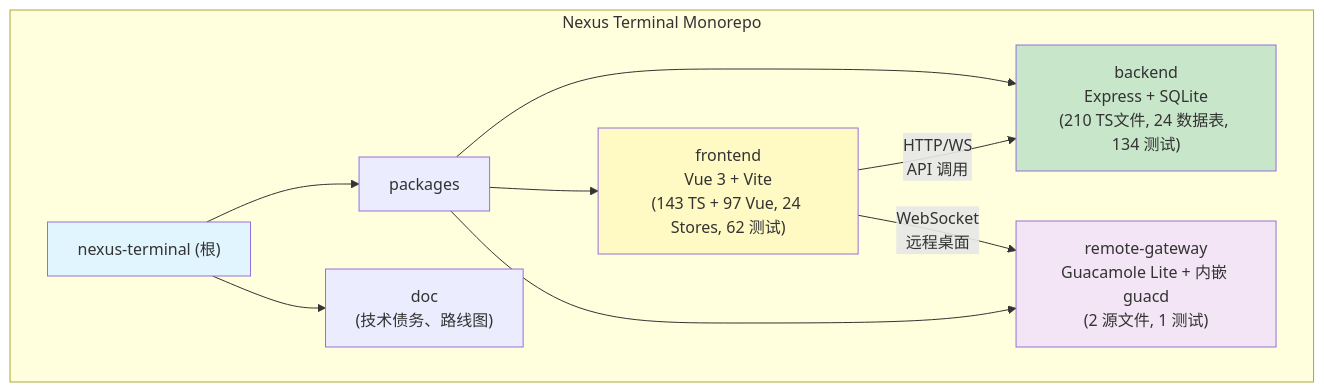
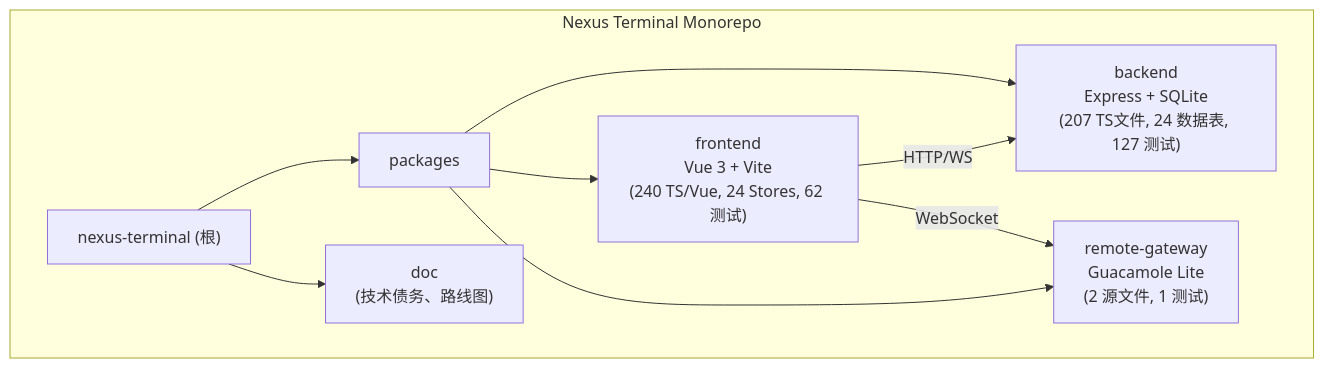
One commit to louis99941/nexus-terminal changed the first of 2 diagrams in CLAUDE.md. Above: the diagram before and after it, drawn with Mermaid. The commit also changed other lines of this file and 5 other files, not shown here.

````diff
--- a/CLAUDE.md
+++ b/CLAUDE.md
@@ -165,22 +38,12 @@
 ```mermaid
 graph TD
     subgraph "Nexus Terminal Monorepo"
         A["nexus-terminal (根)"] --> B["packages"]
-        B --> C["backend<br/>Express + SQLite<br/>(210 TS文件, 24 数据表, 134 测试)"]
-        B --> D["frontend<br/>Vue 3 + Vite<br/>(143 TS + 97 Vue, 24 Stores, 62 测试)"]
-        B --> E["remote-gateway<br/>Guacamole Lite + 内嵌 guacd<br/>(2 源文件, 1 测试)"]
+        B --> C["backend<br/>Express + SQLite<br/>(207 TS文件, 24 数据表, 127 测试)"]
+        B --> D["frontend<br/>Vue 3 + Vite<br/>(240 TS/Vue, 24 Stores, 62 测试)"]
+        B --> E["remote-gateway<br/>Guacamole Lite<br/>(2 源文件, 1 测试)"]
         A --> F["doc<br/>(技术债务、路线图)"]
     end
-
-    D -- "HTTP/WS<br/>API 调用" --> C
-    D -- "WebSocket<br/>远程桌面" --> E
-
-    click C "./packages/backend/CLAUDE.md" "查看 backend 模块文档"
-    click D "./packages/frontend/CLAUDE.md" "查看 frontend 模块文档"
-    click E "./packages/remote-gateway/CLAUDE.md" "查看 remote-gateway 模块文档"
-
-    style A fill:#e1f5fe
-    style C fill:#c8e6c9
-    style D fill:#fff9c4
-    style E fill:#f3e5f5
+    D -- "HTTP/WS" --> C
+    D -- "WebSocket" --> E
 ```
````
